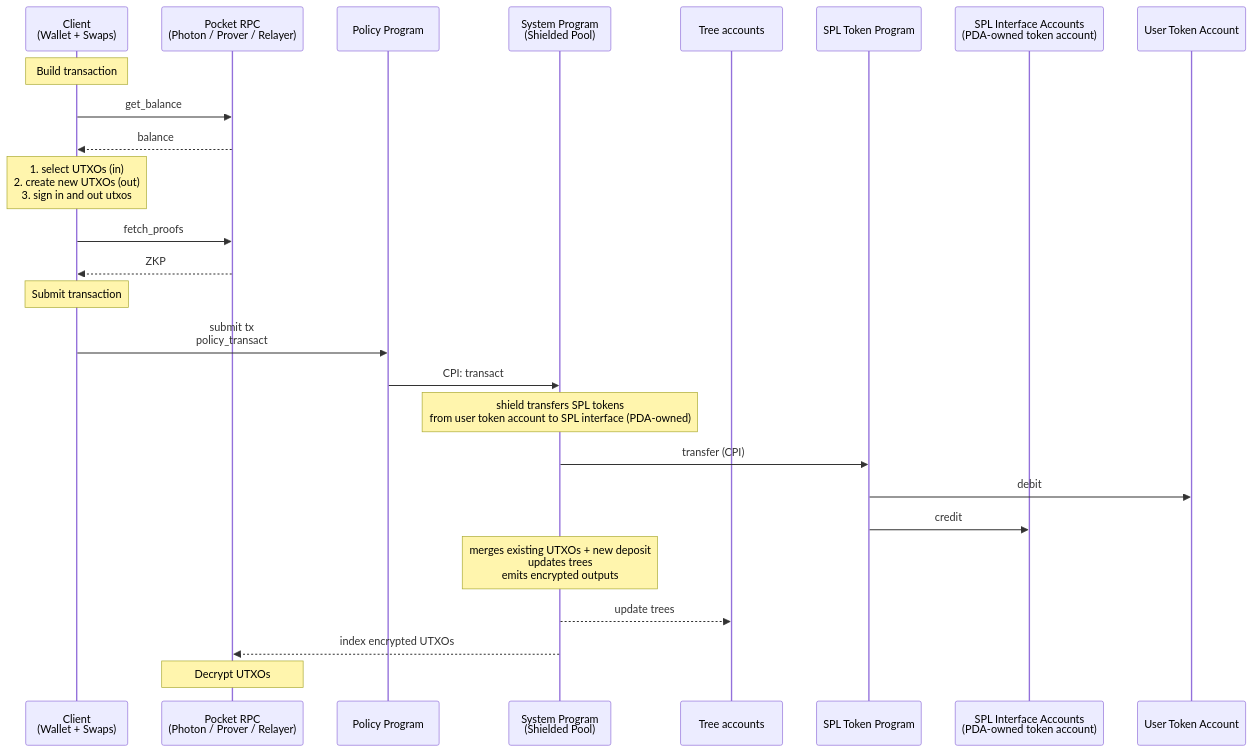
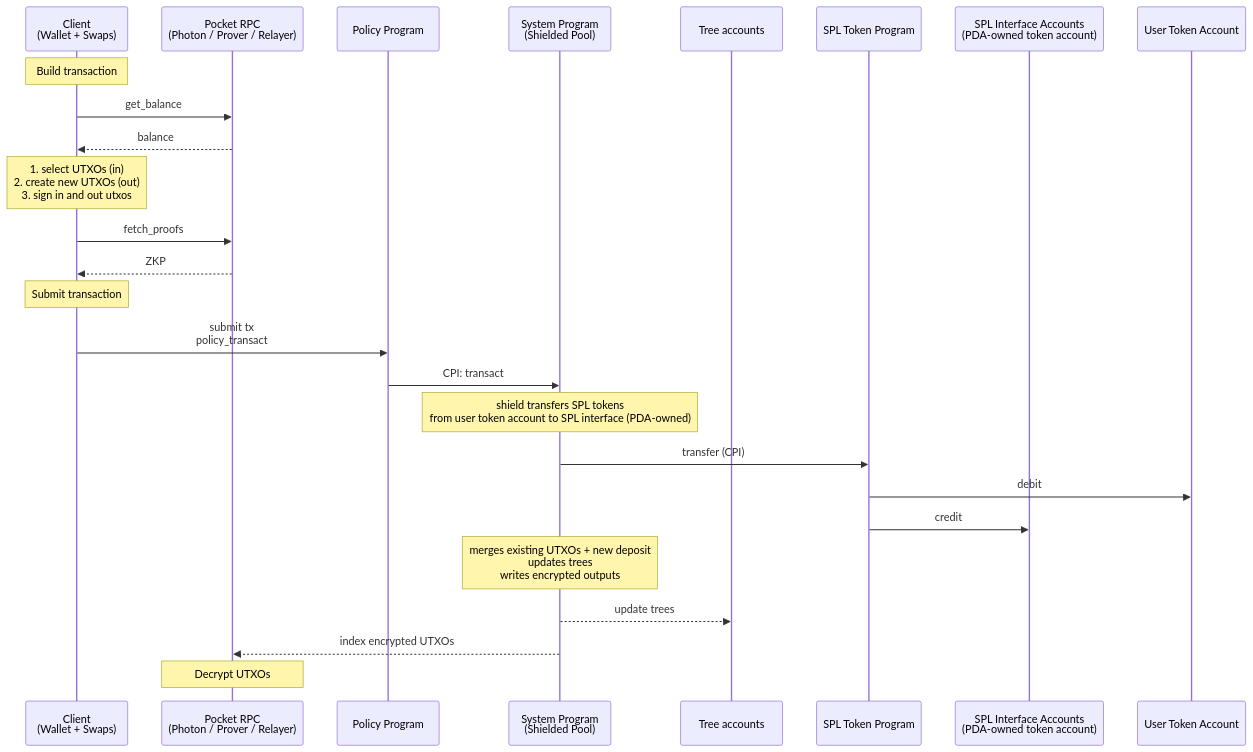
The fifth of 10 diagrams in docs/spec.md (helius-labs/zolana), drawn with Mermaid before and after one commit. The commit also changed other lines of this file, not shown here.

````diff
--- a/docs/spec.md
+++ b/docs/spec.md
@@ -428,33 +428,33 @@
 ```mermaid
 sequenceDiagram
     participant Client as Client<br>(Wallet + Swaps)
     participant PocketRPC as Pocket RPC<br>(Photon / Prover / Relayer)
     participant Policy as Policy Program
     participant System as System Program<br>(Shielded Pool)
     participant Trees as Tree accounts
     participant Token as SPL Token Program
     participant SplInterface as SPL Interface Accounts<br>(PDA-owned token account)
     participant UserToken as User Token Account
 
     Note over Client: Build transaction
     Client->>PocketRPC: get_balance
     PocketRPC-->>Client: balance
     Note over Client: 1. select UTXOs (in) <br> 2. create new UTXOs (out) <br> 3. sign in and out utxos
     Client->>PocketRPC: fetch_proofs
     PocketRPC-->>Client: ZKP
 
     Note over Client: Submit transaction
     Client->>Policy: submit tx<br>policy_transact
     Policy->>System: CPI: transact
 
     Note over System: shield transfers SPL tokens<br>from user token account to SPL interface (PDA-owned)
     System->>Token: transfer (CPI)
     Token->>UserToken: debit
     Token->>SplInterface: credit
 
-    Note over System: merges existing UTXOs + new deposit<br>updates trees<br>emits encrypted outputs
+    Note over System: merges existing UTXOs + new deposit<br>updates trees<br>writes encrypted outputs
     System-->>Trees: update trees
     System-->>PocketRPC: index encrypted UTXOs
     Note over PocketRPC: Decrypt UTXOs
 
 ```
````
